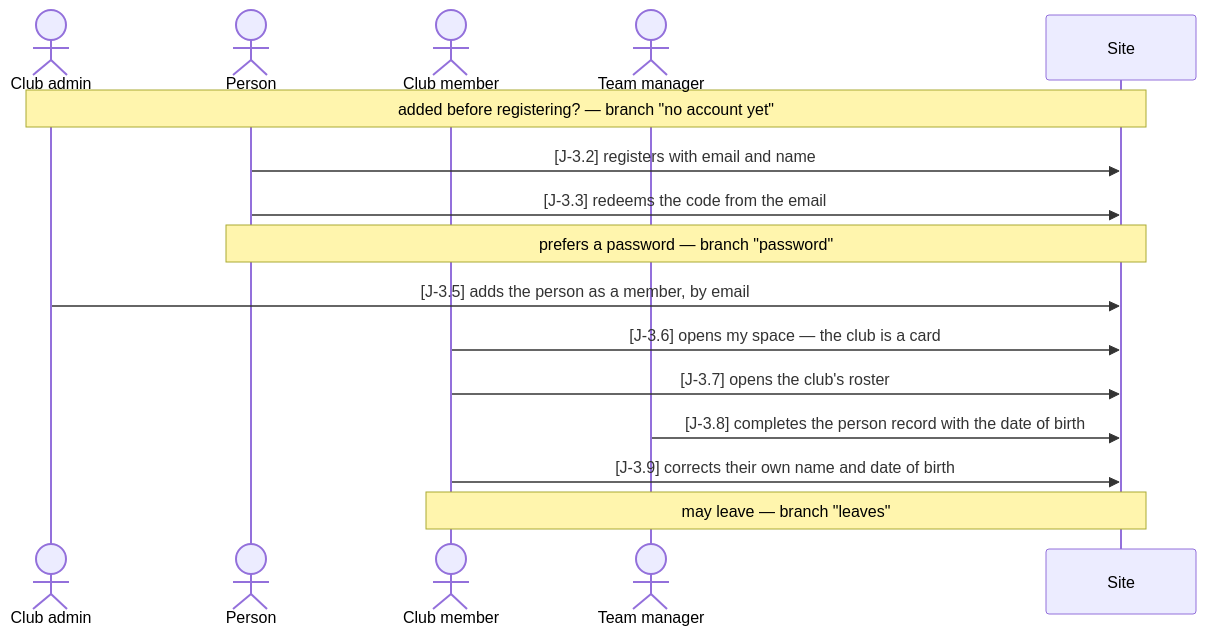
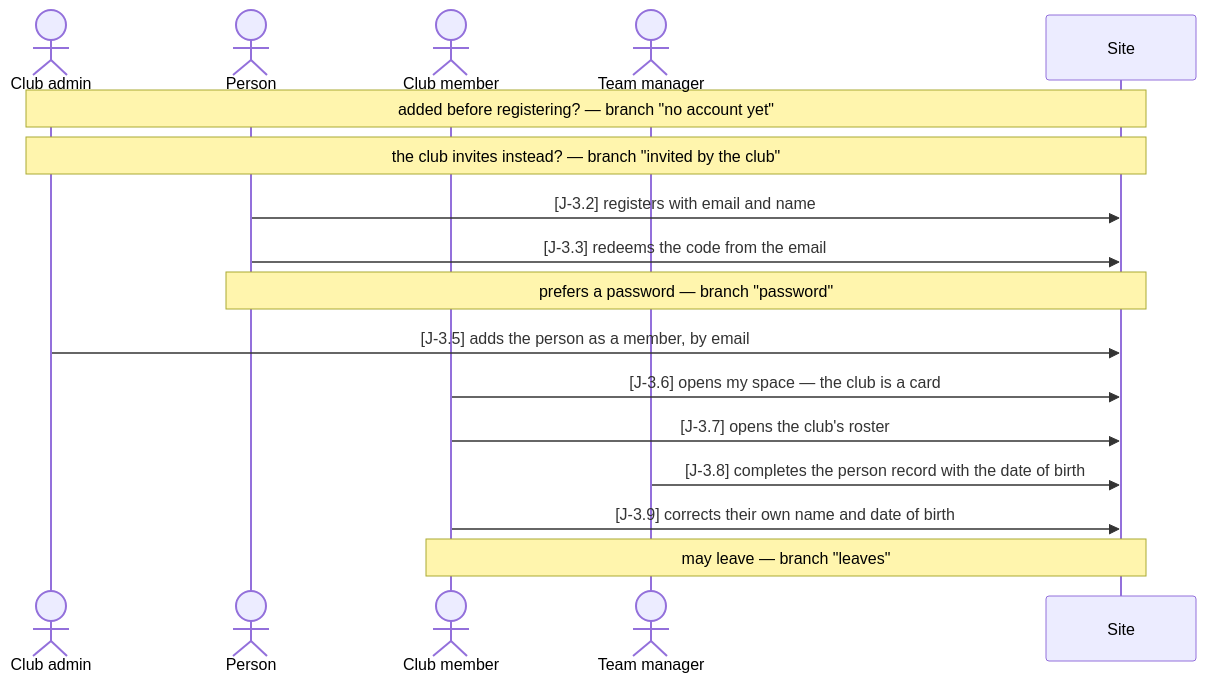
Before and after one commit to gundramleifert/segel-bundesliga: the first of 7 diagrams in docs/journeys/member.md, drawn with Mermaid. The commit also changed other lines of this file and 28 other files, not shown here.

````diff
--- a/docs/journeys/member.md
+++ b/docs/journeys/member.md
@@ -15,19 +20,20 @@
 ```mermaid
 sequenceDiagram
   actor CA as Club admin
   actor N as Person
   actor M as Club member
   actor TM as Team manager
   participant P as Site
 
   Note over CA,P: added before registering? — branch "no account yet"
+  Note over CA,P: the club invites instead? — branch "invited by the club"
   N->>P: [J-3.2] registers with email and name
   N->>P: [J-3.3] redeems the code from the email
   Note over N,P: prefers a password — branch "password"
   CA->>P: [J-3.5] adds the person as a member, by email
   M->>P: [J-3.6] opens my space — the club is a card
   M->>P: [J-3.7] opens the club's roster
   TM->>P: [J-3.8] completes the person record with the date of birth
   M->>P: [J-3.9] corrects their own name and date of birth
   Note over M,P: may leave — branch "leaves"
 ```
````
